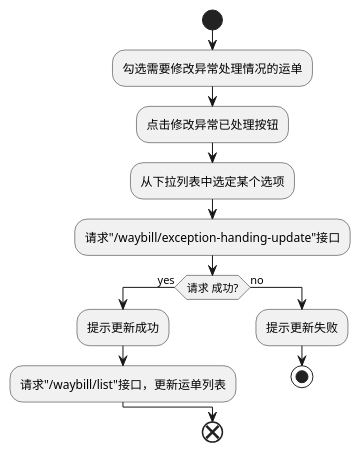
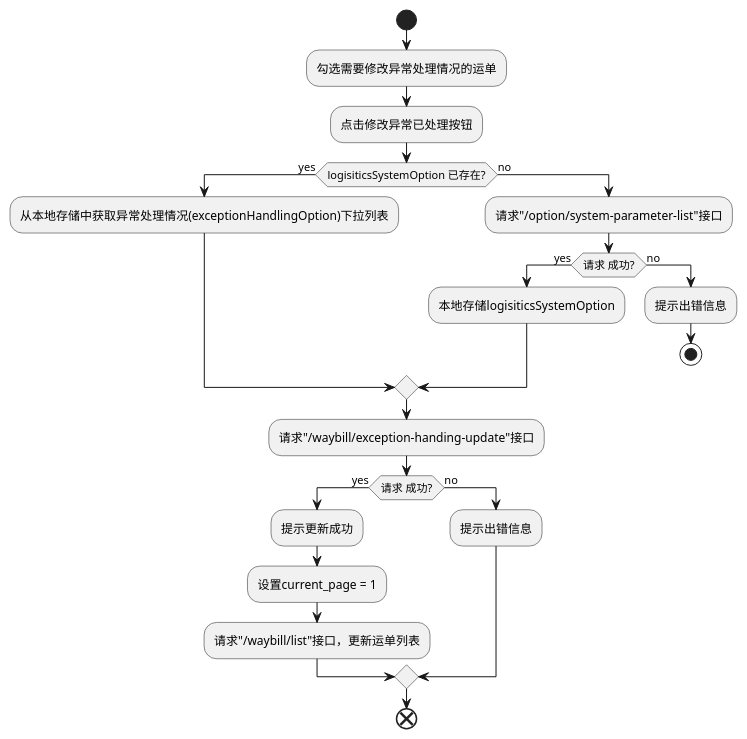
The diagram in docs/development-flow-diagram.puml/logistics-list/handle-exception.puml (futurekidult/lis), drawn with PlantUML before and after one commit. The commit also changed 11 other files, not shown here.

```diff
--- a/docs/development-flow-diagram.puml/logistics-list/handle-exception.puml
+++ b/docs/development-flow-diagram.puml/logistics-list/handle-exception.puml
@@ -1,17 +1,27 @@
 @startuml
 
 start
 :勾选需要修改异常处理情况的运单;
 :点击修改异常已处理按钮;
-:从下拉列表中选定某个选项;
+if(logisiticsSystemOption 已存在?) then(yes)
+  :从本地存储中获取异常处理情况(exceptionHandlingOption)下拉列表;
+else (no)
+  :请求"/option/system-parameter-list"接口;
+  if(请求 成功?) then (yes)
+    :本地存储logisiticsSystemOption;
+  else (no)
+    :提示出错信息;
+    stop
+  endif
+endif
 :请求"/waybill/exception-handing-update"接口;
 if(请求 成功?) then (yes)
   :提示更新成功;
+  :设置current_page = 1;
   :请求"/waybill/list"接口，更新运单列表;
 else (no)
-  :提示更新失败;
-  stop
+  :提示出错信息;
 endif
 end
 
 @enduml
```
